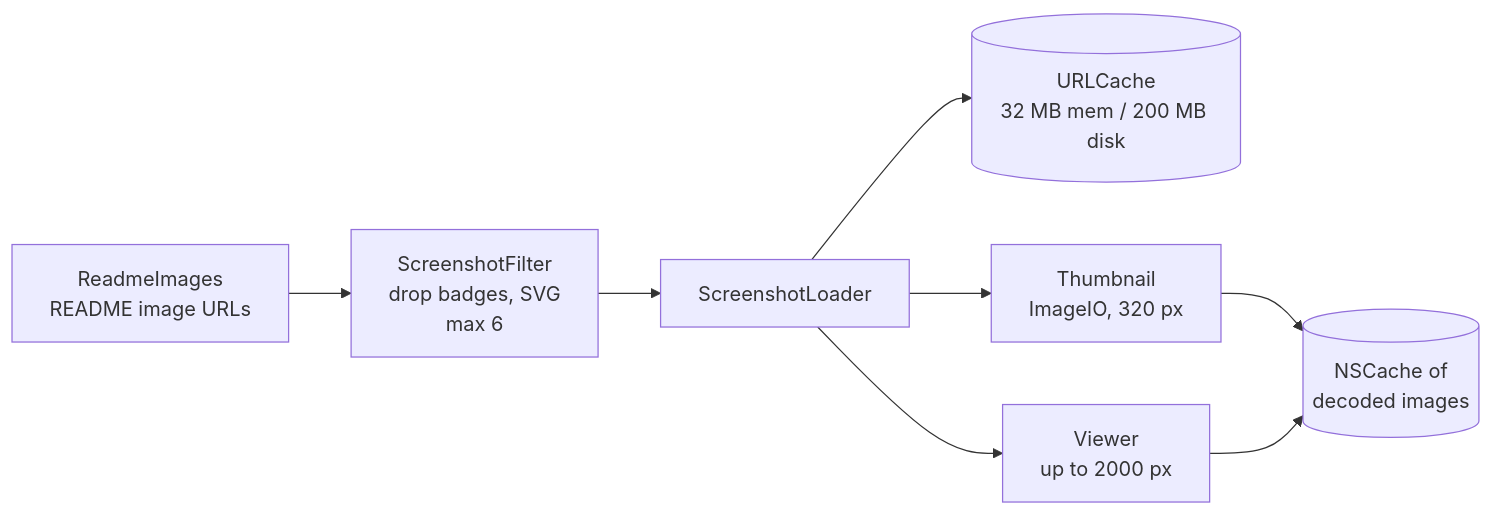
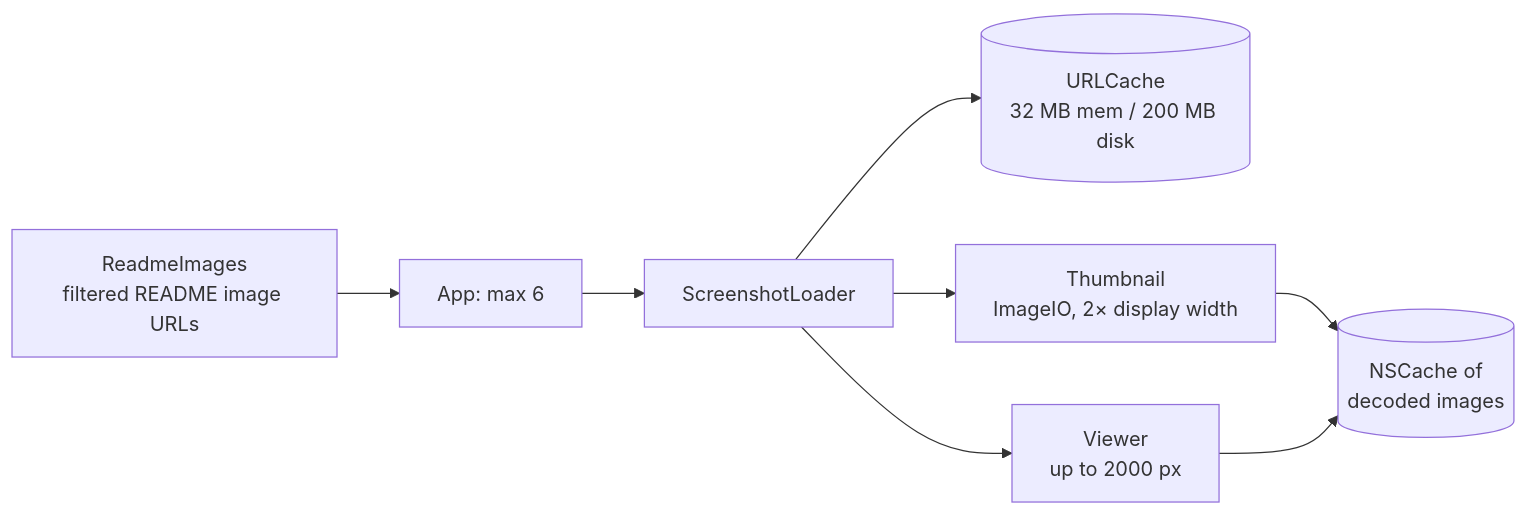
Before and after one commit to miotke/reload: the diagram in docs/features/details-and-screenshots.md, drawn with Mermaid. The commit also changed other lines of this file and 12 other files, not shown here.

````diff
--- a/docs/features/details-and-screenshots.md
+++ b/docs/features/details-and-screenshots.md
@@ -61,10 +63,10 @@
 ```mermaid
 flowchart LR
-    R[ReadmeImages<br/>README image URLs] --> F[ScreenshotFilter<br/>drop badges, SVG<br/>max 6]
+    R[ReadmeImages<br/>filtered README image URLs] --> F[App: max 6]
     F --> L[ScreenshotLoader]
     L --> C[(URLCache<br/>32 MB mem / 200 MB disk)]
-    L --> T[Thumbnail<br/>ImageIO, 320 px]
+    L --> T[Thumbnail<br/>ImageIO, 2× display width]
     L --> V[Viewer<br/>up to 2000 px]
     T --> N[(NSCache of<br/>decoded images)]
     V --> N
 ```
````
